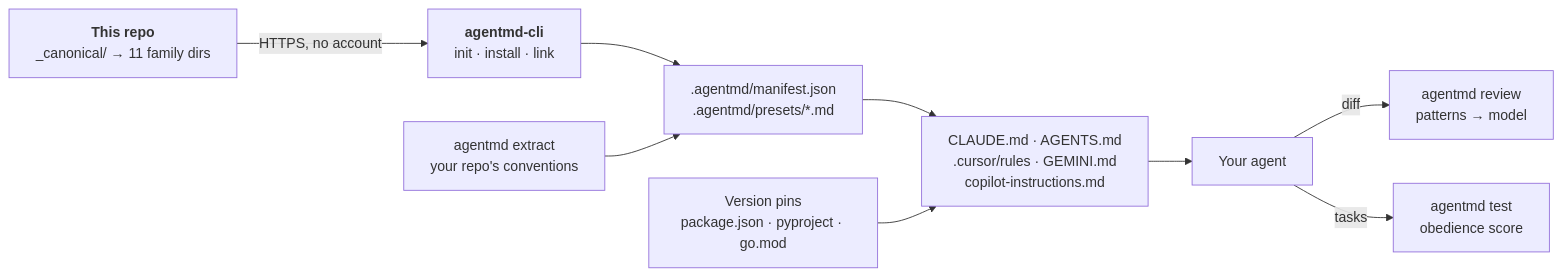
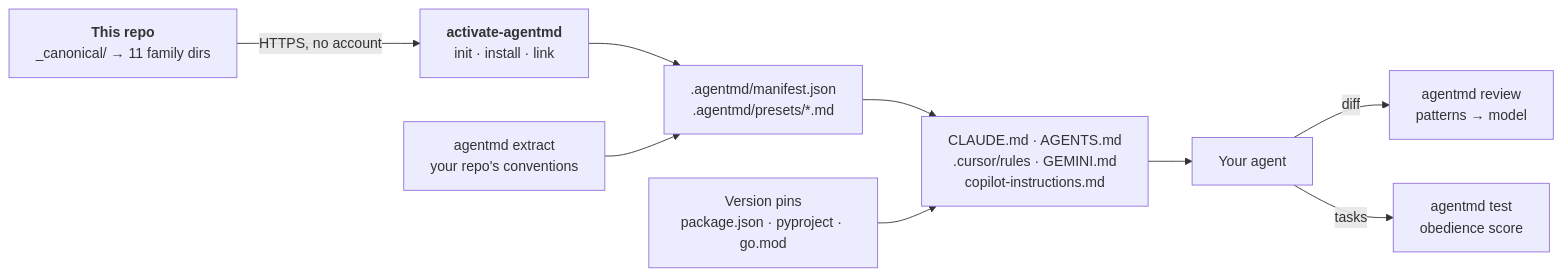
The diagram in README.md (Aaditya1273/Agent.md), drawn with Mermaid before and after one commit. The commit also changed other lines of this file, not shown here.

First line of the commit message:
docs: the CLI is published as activate-agentmd

````diff
--- a/README.md
+++ b/README.md
@@ -178,11 +178,11 @@
 ```mermaid
 flowchart LR
-    R["<b>This repo</b><br/>_canonical/ → 11 family dirs"] -->|HTTPS, no account| C["<b>agentmd-cli</b><br/>init · install · link"]
+    R["<b>This repo</b><br/>_canonical/ → 11 family dirs"] -->|HTTPS, no account| C["<b>activate-agentmd</b><br/>init · install · link"]
     C --> M[".agentmd/manifest.json<br/>.agentmd/presets/*.md"]
     M --> L["CLAUDE.md · AGENTS.md<br/>.cursor/rules · GEMINI.md<br/>copilot-instructions.md"]
     L --> A["Your agent"]
     P["Version pins<br/>package.json · pyproject · go.mod"] --> L
     X["agentmd extract<br/>your repo's conventions"] --> M
     A -->|diff| V["agentmd review<br/>patterns → model"]
     A -->|tasks| T["agentmd test<br/>obedience score"]
 ```
````
